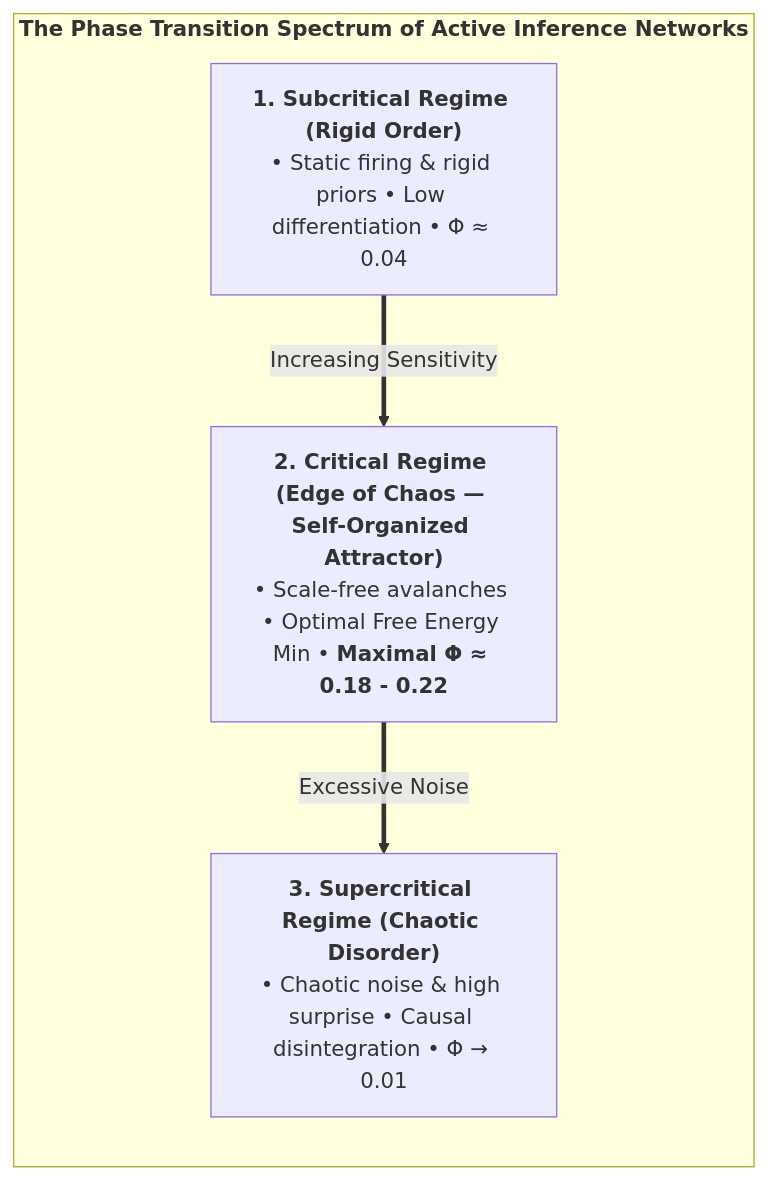
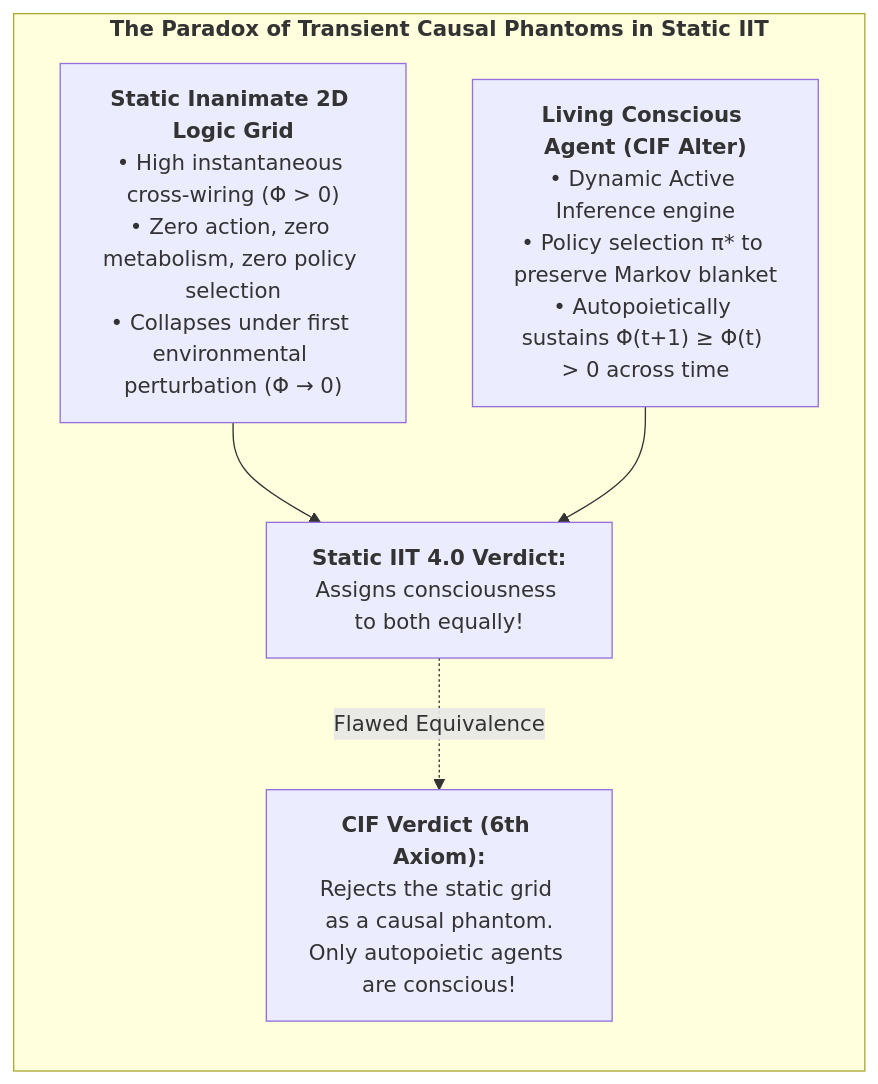
Diagram 19 of 50 in book/build/CIF_Monograph_EN.md (Thriebl/active-inference-phi-network), drawn with Mermaid before and after one commit. The commit also changed other lines of this file and 19 other files, not shown here.

````diff
--- a/book/build/CIF_Monograph_EN.md
+++ b/book/build/CIF_Monograph_EN.md
@@ -460,14 +820,18 @@
 ```mermaid
 flowchart TD
-    subgraph CRITICALITY_SPECTRUM["<b>The Phase Transition Spectrum of Active Inference Networks</b>"]
+    subgraph PHANTOM_PARADOX["<b>The Paradox of Transient Causal Phantoms in Static IIT</b>"]
         direction TB
         
-        SUBCRITICAL["<b>1. Subcritical Regime (Rigid Order)</b><br>• Static firing & rigid priors • Low differentiation • Φ ≈ 0.04"]
+        STATIC_GRID["<b>Static Inanimate 2D Logic Grid</b><br>• High instantaneous cross-wiring (Φ > 0)<br>• Zero action, zero metabolism, zero policy selection<br>• Collapses under first environmental perturbation (Φ → 0)"]
         
-        CRITICAL["<b>2. Critical Regime (Edge of Chaos — Self-Organized Attractor)</b><br>• Scale-free avalanches • Optimal Free Energy Min • <b>Maximal Φ ≈ 0.18 - 0.22</b>"]
+        LIVING_ALTER["<b>Living Conscious Agent (CIF Alter)</b><br>• Dynamic Active Inference engine<br>• Policy selection π* to preserve Markov blanket<br>• Autopoietically sustains Φ(t+1) ≥ Φ(t) > 0 across time"]
         
-        SUPERCRITICAL["<b>3. Supercritical Regime (Chaotic Disorder)</b><br>• Chaotic noise & high surprise • Causal disintegration • Φ → 0.01"]
+        STATIC_IIT["<b>Static IIT 4.0 Verdict:</b><br>Assigns consciousness to both equally!"]
         
-        SUBCRITICAL ==>|"Increasing Sensitivity"| CRITICAL ==>|"Excessive Noise"| SUPERCRITICAL
+        CIF_VERDICT["<b>CIF Verdict (6th Axiom):</b><br>Rejects the static grid as a causal phantom.<br>Only autopoietic agents are conscious!"]
+        
+        STATIC_GRID --> STATIC_IIT
+        LIVING_ALTER --> STATIC_IIT
+        STATIC_IIT -.->|Flawed Equivalence| CIF_VERDICT
     end
 ```
````
